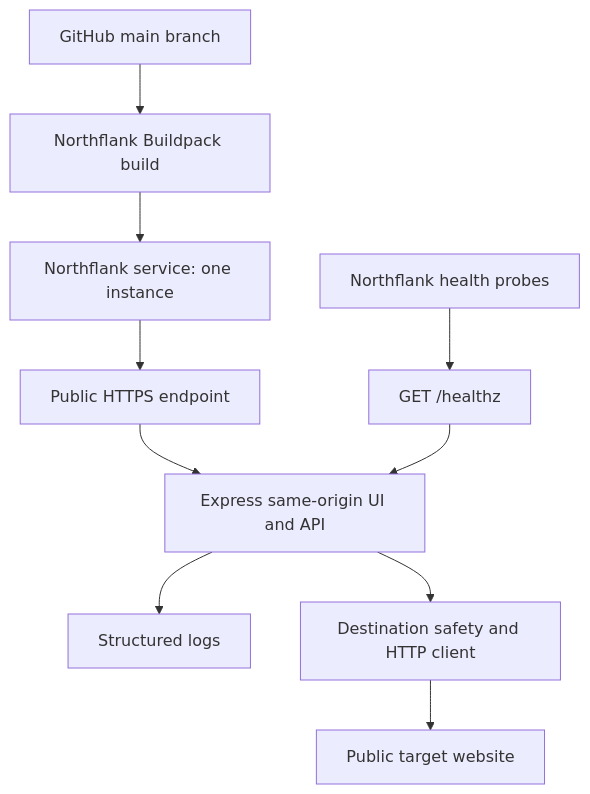
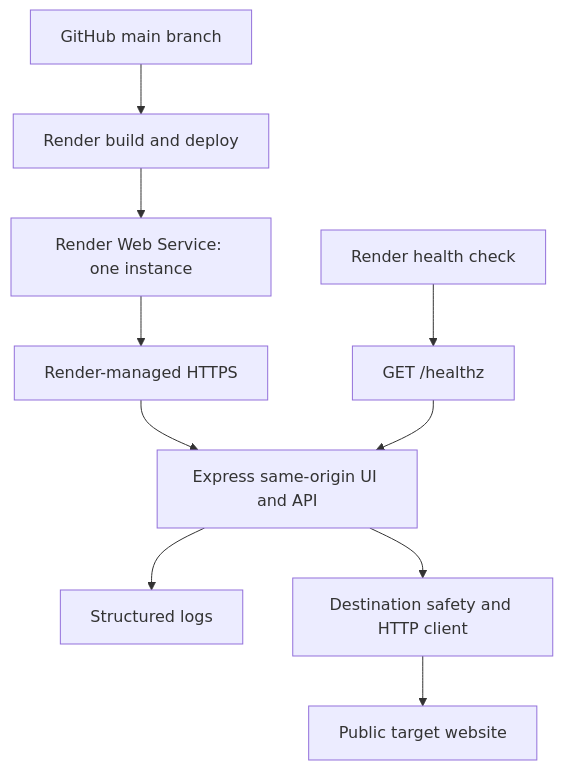
The diagram in docs/diagrams/deployment-flow.mmd (shivaydwivedi/PagePulse), drawn with Mermaid before and after one commit. The commit also changed 16 other files, not shown here.

```diff
--- a/docs/diagrams/deployment-flow.mmd
+++ b/docs/diagrams/deployment-flow.mmd
@@ -1,10 +1,10 @@
 flowchart TD
-  GitHubMain["GitHub main branch"] --> Buildpack["Northflank Buildpack build"]
-  Buildpack --> Service["Northflank service: one instance"]
-  Service --> HTTPS["Public HTTPS endpoint"]
+  GitHubMain["GitHub main branch"] --> RenderBuild["Render build and deploy"]
+  RenderBuild --> Service["Render Web Service: one instance"]
+  Service --> HTTPS["Render-managed HTTPS"]
   HTTPS --> Express["Express same-origin UI and API"]
-  Probe["Northflank health probes"] --> Health["GET /healthz"]
+  Probe["Render health check"] --> Health["GET /healthz"]
   Health --> Express
   Express --> Logs["Structured logs"]
   Express --> Safety["Destination safety and HTTP client"]
   Safety --> Target["Public target website"]
```
